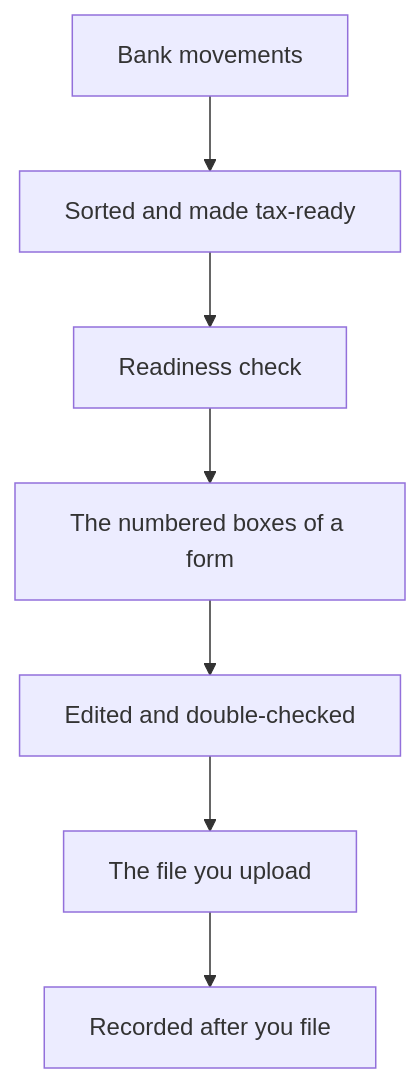
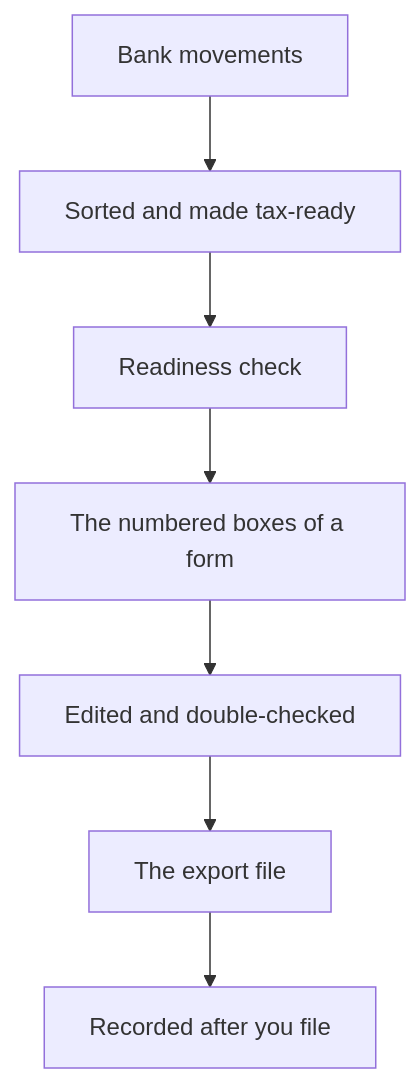
Before and after one commit to nevenincs/cadrumo: the diagram in docs/explanation/index.md, drawn with Mermaid. The commit also changed other lines of this file and 2502 other files, not shown here.

````diff
--- a/docs/explanation/index.md
+++ b/docs/explanation/index.md
@@ -19,9 +19,9 @@
 ```mermaid
 graph TD
     A["Bank movements"] --> B["Sorted and made tax-ready"]
     B --> C["Readiness check"]
     C --> D["The numbered boxes of a form"]
     D --> E["Edited and double-checked"]
-    E --> F["The file you upload"]
+    E --> F["The export file"]
     F --> G["Recorded after you file"]
 ```
````
